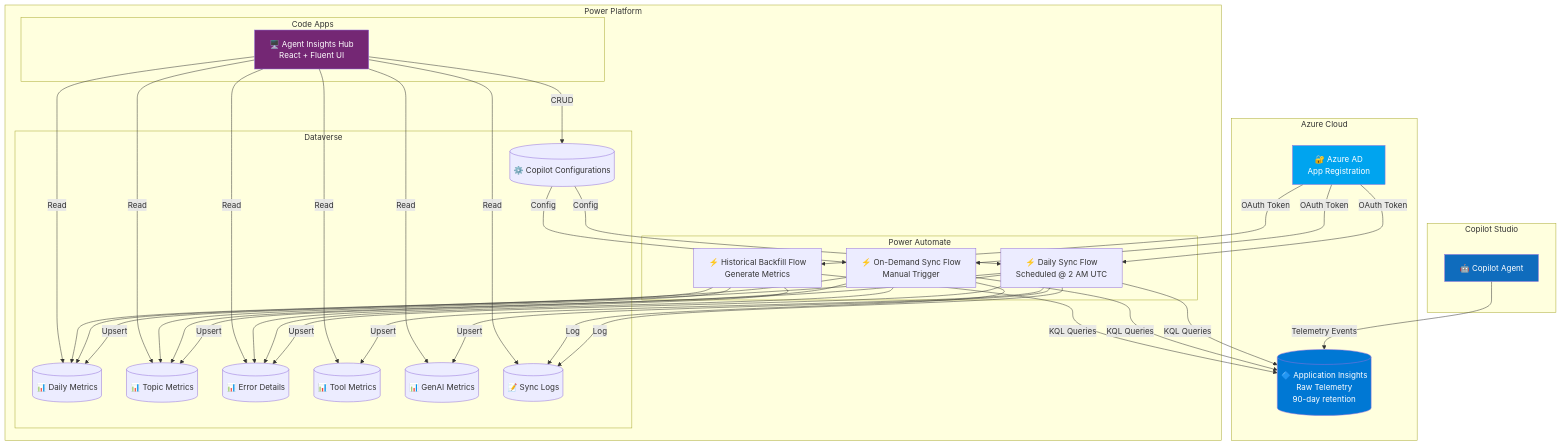
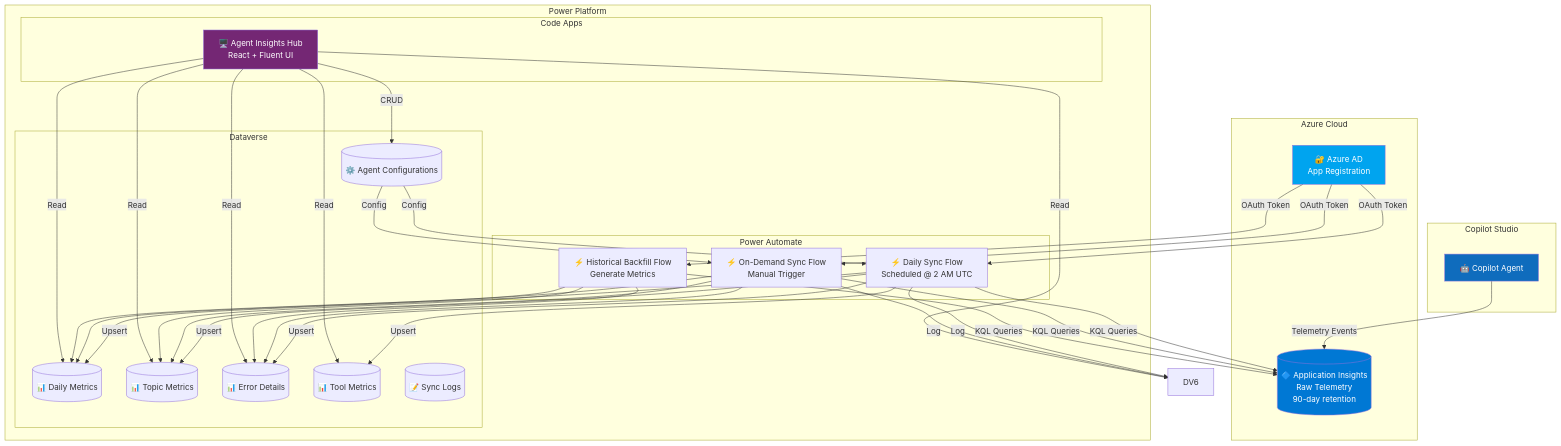
The first of 3 diagrams in AGENTINSIGHTSHUB.md (microsoft/Power-CAT-Copilot-Studio-Kit), drawn with Mermaid before and after one commit. The commit also changed other lines of this file, not shown here.

````diff
--- a/AGENTINSIGHTSHUB.md
+++ b/AGENTINSIGHTSHUB.md
@@ -62,75 +104,72 @@
 ```mermaid
 flowchart TB
     subgraph "Azure Cloud"
         AI[("🔷 Application Insights<br/>Raw Telemetry<br/>90-day retention")]
         AAD["🔐 Azure AD<br/>App Registration"]
     end
 
     subgraph "Power Platform"
         subgraph "Power Automate"
             F1["⚡ Daily Sync Flow<br/>Scheduled @ 2 AM UTC"]
             F2["⚡ On-Demand Sync Flow<br/>Manual Trigger"]
             F3["⚡ Historical Backfill Flow<br/>Generate Metrics"]
         end
-        
+
         subgraph "Dataverse"
             DV1[("📊 Daily Metrics")]
             DV2[("📊 Topic Metrics")]
             DV3[("📊 Error Details")]
             DV4[("📊 Tool Metrics")]
-            DV5[("📊 GenAI Metrics")]
-            DV6[("⚙️ Copilot Configurations")]
+            DV5[("⚙️ Agent Configurations")]
             DV7[("📝 Sync Logs")]
         end
-        
+
         subgraph "Code Apps"
             APP["🖥️ Agent Insights Hub<br/>React + Fluent UI"]
         end
     end
 
     subgraph "Copilot Studio"
         CS["🤖 Copilot Agent"]
     end
 
     CS -->|"Telemetry Events"| AI
     AAD -->|"OAuth Token"| F1
     AAD -->|"OAuth Token"| F2
     AAD -->|"OAuth Token"| F3
-    
+
     F1 -->|"KQL Queries"| AI
     F2 -->|"KQL Queries"| AI
     F3 -->|"KQL Queries"| AI
-    
+
     F1 -->|"Upsert"| DV1
     F1 -->|"Upsert"| DV2
     F1 -->|"Upsert"| DV3
     F1 -->|"Upsert"| DV4
-    F1 -->|"Upsert"| DV5
-    
+
     F2 --> DV1
     F2 --> DV2
     F2 --> DV3
-    
+
     F3 --> DV1
     F3 --> DV2
     F3 --> DV3
-    
-    DV6 -->|"Config"| F1
-    DV6 -->|"Config"| F2
-    
-    F1 -->|"Log"| DV7
-    F2 -->|"Log"| DV7
-    
+
+    DV5 -->|"Config"| F1
+    DV5 -->|"Config"| F2
+
+    F1 -->|"Log"| DV6
+    F2 -->|"Log"| DV6
+
     APP -->|"Read"| DV1
     APP -->|"Read"| DV2
     APP -->|"Read"| DV3
     APP -->|"Read"| DV4
-    APP -->|"Read"| DV5
-    APP -->|"CRUD"| DV6
-    APP -->|"Read"| DV7
-    
+    APP -->|"CRUD"| DV5
+    APP -->|"Read"| DV6
+
     style AI fill:#0078D4,color:white
     style AAD fill:#00A4EF,color:white
     style APP fill:#742774,color:white
     style CS fill:#0F6CBD,color:white
 ```
````
